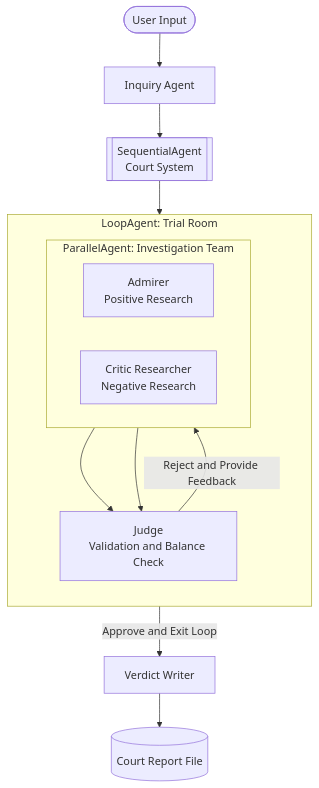
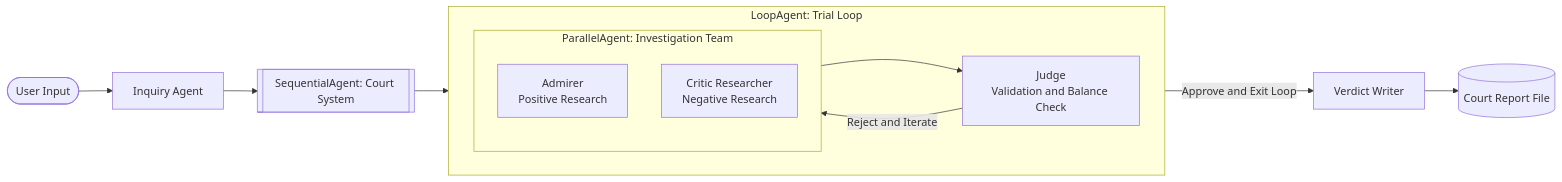
One commit to septemwee/court_agents changed the diagram in README.md. Above: the diagram before and after it, drawn with Mermaid. The commit also changed other lines of this file, not shown here.

````diff
--- a/README.md
+++ b/README.md
@@ -10,34 +10,33 @@
 ```mermaid
-flowchart TD
+flowchart LR
 
-    %% ===== Input Layer =====
+    %% ===== Input =====
     U([User Input]) --> I[Inquiry Agent]
 
-    %% ===== Orchestration Layer =====
-    I --> CS[[SequentialAgent<br/>Court System]]
+    %% ===== Orchestration =====
+    I --> CS[[SequentialAgent: Court System]]
 
-    %% ===== Trial Layer =====
+    %% ===== Trial Room =====
     CS --> TR
 
-    subgraph TR [LoopAgent: Trial Room]
-        direction TB
+    subgraph TR [LoopAgent: Trial Loop]
+        direction LR
         
         subgraph IT [ParallelAgent: Investigation Team]
-            direction LR
+            direction TB
             A[Admirer<br/>Positive Research]
             C[Critic Researcher<br/>Negative Research]
         end
 
         J[Judge<br/>Validation and Balance Check]
 
-        A --> J
-        C --> J
+        IT --> J
     end
 
     %% ===== Loop Control =====
-    J -- Reject and Provide Feedback --> IT
+    J -- Reject and Iterate --> IT
     J -- Approve and Exit Loop --> VW[Verdict Writer]
 
-    %% ===== Output Layer =====
+    %% ===== Output =====
     VW --> F[(Court Report File)]
 ```
````
